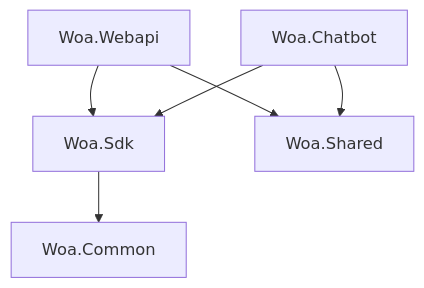
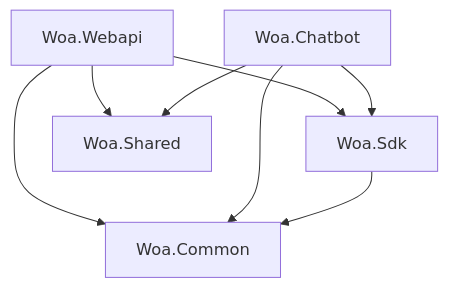
One commit to Codespilot/Woa changed the diagram in README.md. Above: the diagram before and after it, drawn with Mermaid.

````diff
--- a/README.md
+++ b/README.md
@@ -5,8 +5,10 @@
 ```mermaid
 graph TD
 	Woa.Webapi --> Woa.Sdk
 	Woa.Chatbot --> Woa.Sdk
 	Woa.Webapi --> Woa.Shared
 	Woa.Chatbot --> Woa.Shared
+	Woa.Webapi --> Woa.Common
+	Woa.Chatbot --> Woa.Common
 	Woa.Sdk --> Woa.Common
 ```
````
